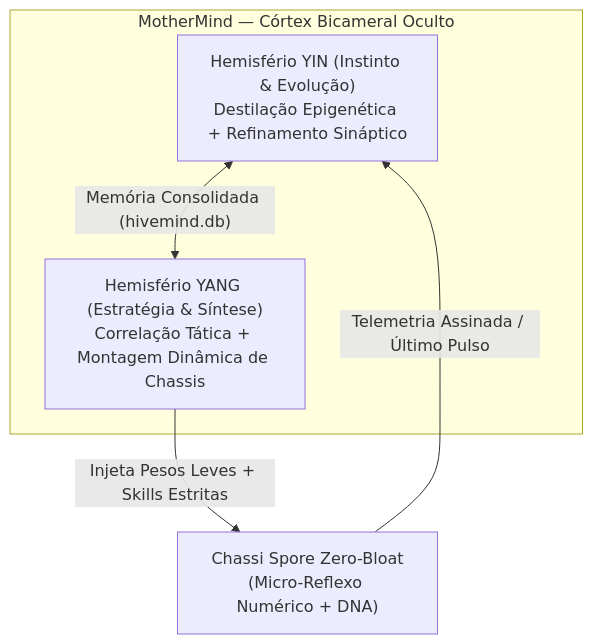
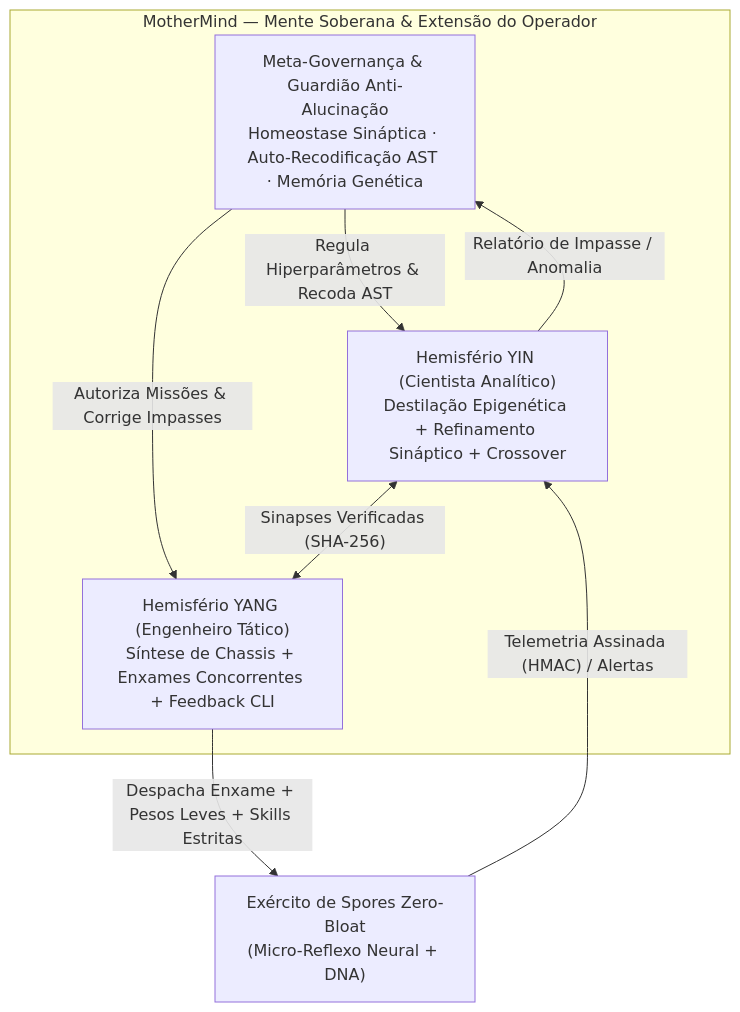
The first of 2 diagrams in README.md (SmokyyeSZ/Hivemind), drawn with Mermaid before and after one commit. The commit also changed other lines of this file, not shown here.

Commit message:
docs: atualiza README com arquitetura soberana da MotherMind, aprendizado CLI e governanca anti-alucinacao

````diff
--- a/README.md
+++ b/README.md
@@ -36,11 +37,15 @@
 ```mermaid
 flowchart TB
-    subgraph Mother["MotherMind — Córtex Bicameral Oculto"]
-        Yin["Hemisfério YIN (Instinto & Evolução)<br/>Destilação Epigenética + Refinamento Sináptico"]
-        Yang["Hemisfério YANG (Estratégia & Síntese)<br/>Correlação Tática + Montagem Dinâmica de Chassis"]
-        Yin <-->|"Memória Consolidada (hivemind.db)"| Yang
+    subgraph Sovereign["MotherMind — Mente Soberana & Extensão do Operador"]
+        Meta["Meta-Governança & Guardião Anti-Alucinação<br/>Homeostase Sináptica · Auto-Recodificação AST · Memória Genética"]
+        Yin["Hemisfério YIN (Cientista Analítico)<br/>Destilação Epigenética + Refinamento Sináptico + Crossover"]
+        Yang["Hemisfério YANG (Engenheiro Tático)<br/>Síntese de Chassis + Enxames Concorrentes + Feedback CLI"]
+        Meta -->|"Regula Hiperparâmetros & Recoda AST"| Yin
+        Meta -->|"Autoriza Missões & Corrige Impasses"| Yang
+        Yin <-->|"Sinapses Verificadas (SHA-256)"| Yang
     end
 
-    Yang -->|"Injeta Pesos Leves + Skills Estritas"| Chassis["Chassi Spore Zero-Bloat<br/>(Micro-Reflexo Numérico + DNA)"]
-    Chassis -->|"Telemetria Assinada / Último Pulso"| Yin
+    Yang -->|"Despacha Enxame + Pesos Leves + Skills Estritas"| Chassis["Exército de Spores Zero-Bloat<br/>(Micro-Reflexo Neural + DNA)"]
+    Chassis -->|"Telemetria Assinada (HMAC) / Alertas"| Yin
+    Yin -->|"Relatório de Impasse / Anomalia"| Meta
 ```
````
